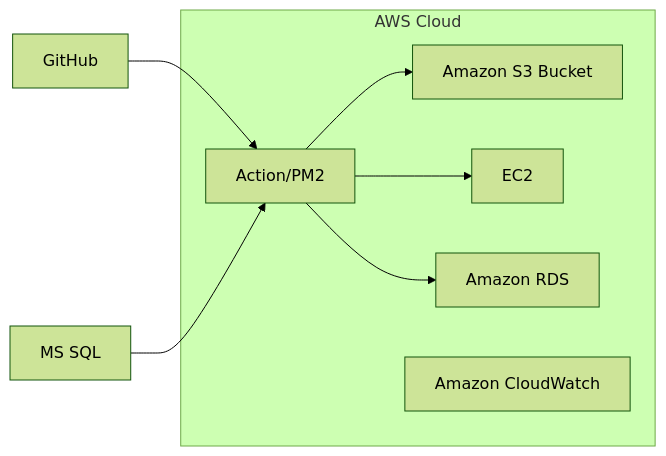
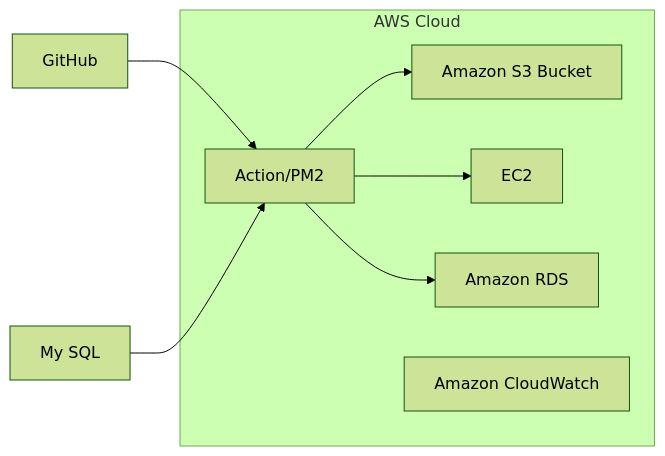
Before and after one commit to obokproject/obok-fe: the first of 5 diagrams in README.md, drawn with Mermaid (forest theme). The commit also changed other lines of this file and 6 other files, not shown here.

````diff
--- a/README.md
+++ b/README.md
@@ -39,17 +29,17 @@
 ```mermaid
 graph LR
     A[GitHub] --> B[Action/PM2]
-    C[MS SQL] --> B
+    C[My SQL] --> B
     B --> D[Amazon S3 Bucket]
     B --> E[EC2]
     B --> F[Amazon RDS]
     G[Amazon CloudWatch]
 
     subgraph AWS Cloud
         B
         D
         E
         F
         G
     end
 ```
````
